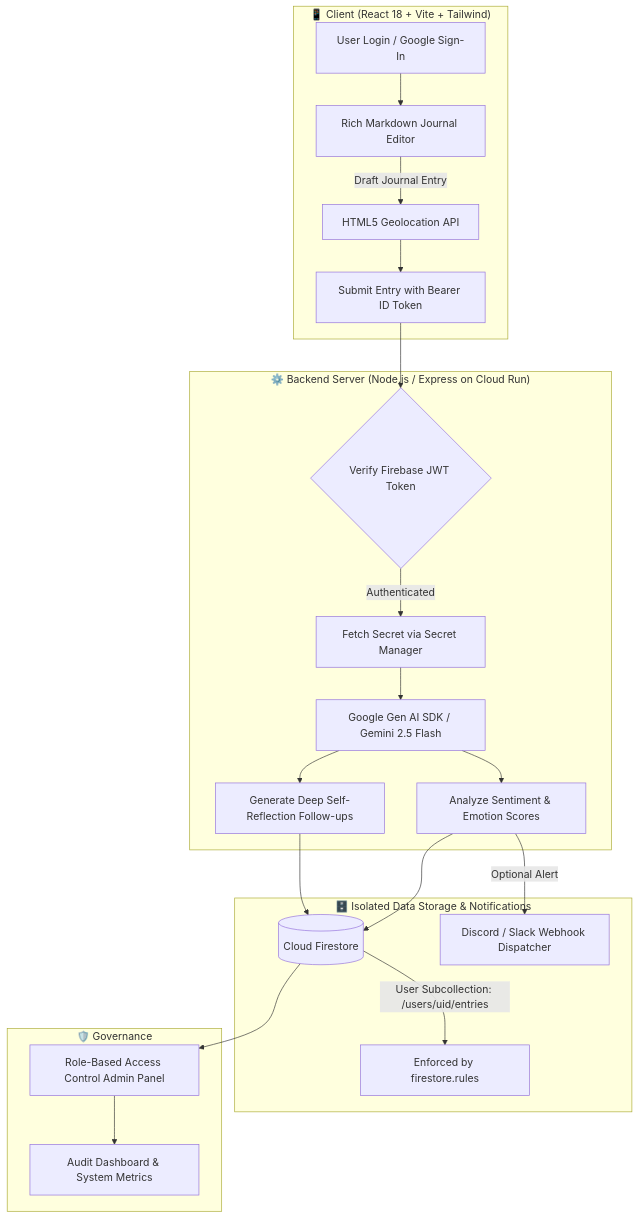
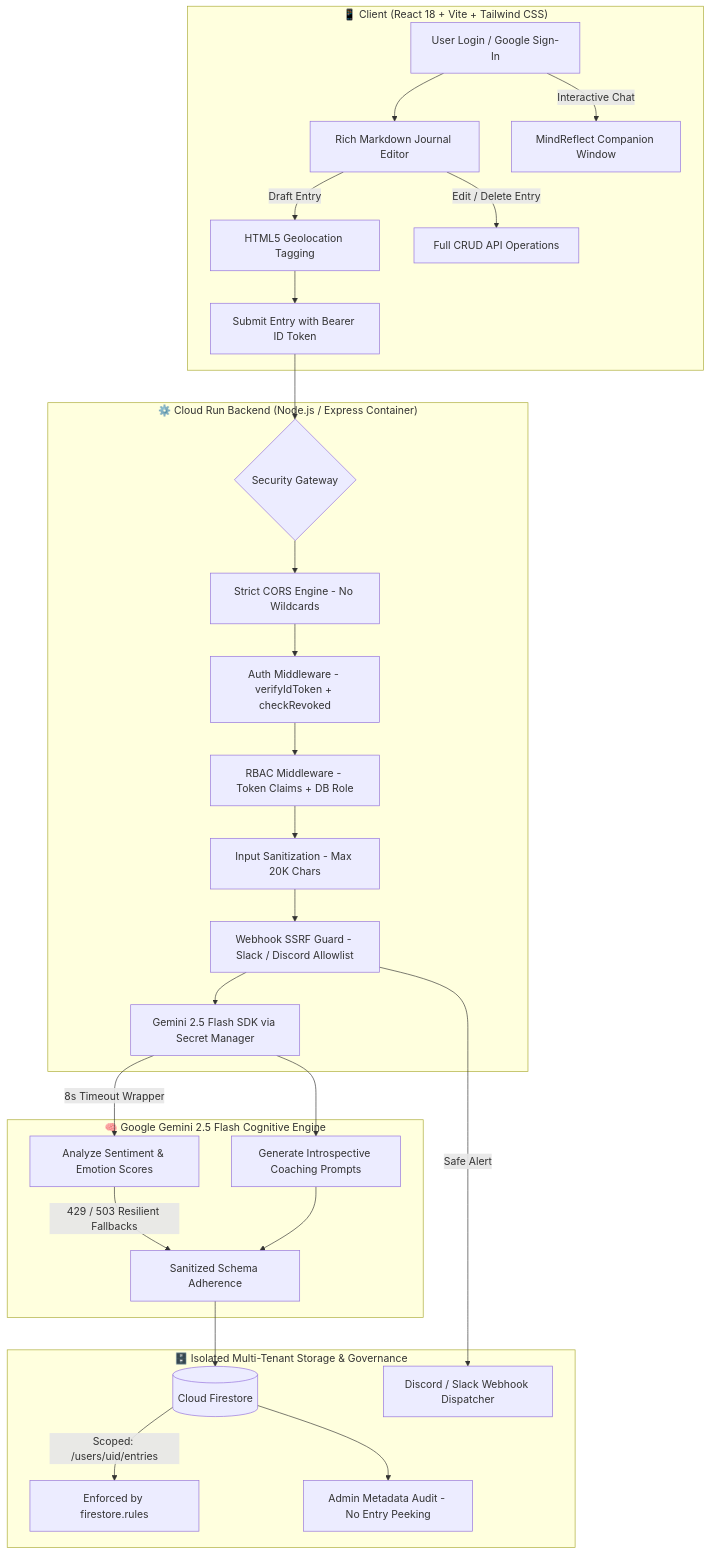
The diagram in README.md (ranjithbrs/secure-ai-journal-app), drawn with Mermaid before and after one commit. The commit also changed other lines of this file and 2 other files, not shown here.

Commit message:
docs(portfolio): upgrade README, SECURITY audit report with 135-test matrix, and add 2-minute demo script

````diff
--- a/README.md
+++ b/README.md
@@ -43,28 +47,34 @@
 ```mermaid
 flowchart TD
-    subgraph Client["📱 Client (React 18 + Vite + Tailwind)"]
+    subgraph Client["📱 Client (React 18 + Vite + Tailwind CSS)"]
         A[User Login / Google Sign-In] --> B[Rich Markdown Journal Editor]
-        B -->|Draft Journal Entry| C[HTML5 Geolocation API]
+        B -->|Draft Entry| C[HTML5 Geolocation Tagging]
         C --> D[Submit Entry with Bearer ID Token]
+        B -->|Edit / Delete Entry| E[Full CRUD API Operations]
+        A -->|Interactive Chat| F[MindReflect Companion Window]
     end
 
-    subgraph Backend["⚙️ Backend Server (Node.js / Express on Cloud Run)"]
-        D --> E{Verify Firebase JWT Token}
-        E -->|Authenticated| F[Fetch Secret via Secret Manager]
-        F --> G[Google Gen AI SDK / Gemini 2.5 Flash]
-        G --> H[Analyze Sentiment & Emotion Scores]
-        G --> I[Generate Deep Self-Reflection Follow-ups]
+    subgraph Gateway["⚙️ Cloud Run Backend (Node.js / Express Container)"]
+        D --> G{Security Gateway}
+        G --> H[Strict CORS Engine - No Wildcards]
+        H --> I[Auth Middleware - verifyIdToken + checkRevoked]
+        I --> J[RBAC Middleware - Token Claims + DB Role]
+        J --> K[Input Sanitization - Max 20K Chars]
+        K --> L[Webhook SSRF Guard - Slack / Discord Allowlist]
+        L --> M[Gemini 2.5 Flash SDK via Secret Manager]
     end
 
-    subgraph Storage["🗄️ Isolated Data Storage & Notifications"]
-        H --> J[(Cloud Firestore)]
-        I --> J
-        J -->|User Subcollection: /users/uid/entries| K[Enforced by firestore.rules]
-        H -->|Optional Alert| L[Discord / Slack Webhook Dispatcher]
+    subgraph AI["🧠 Google Gemini 2.5 Flash Cognitive Engine"]
+        M -->|8s Timeout Wrapper| N[Analyze Sentiment & Emotion Scores]
+        M --> O[Generate Introspective Coaching Prompts]
+        N -->|429 / 503 Resilient Fallbacks| P[Sanitized Schema Adherence]
+        O --> P
     end
 
-    subgraph Admin["🛡️ Governance"]
-        J --> M[Role-Based Access Control Admin Panel]
-        M --> N[Audit Dashboard & System Metrics]
+    subgraph Storage["🗄️ Isolated Multi-Tenant Storage & Governance"]
+        P --> Q[(Cloud Firestore)]
+        Q -->|Scoped: /users/uid/entries| R[Enforced by firestore.rules]
+        Q --> S[Admin Metadata Audit - No Entry Peeking]
+        L -->|Safe Alert| T[Discord / Slack Webhook Dispatcher]
     end
 ```
````
